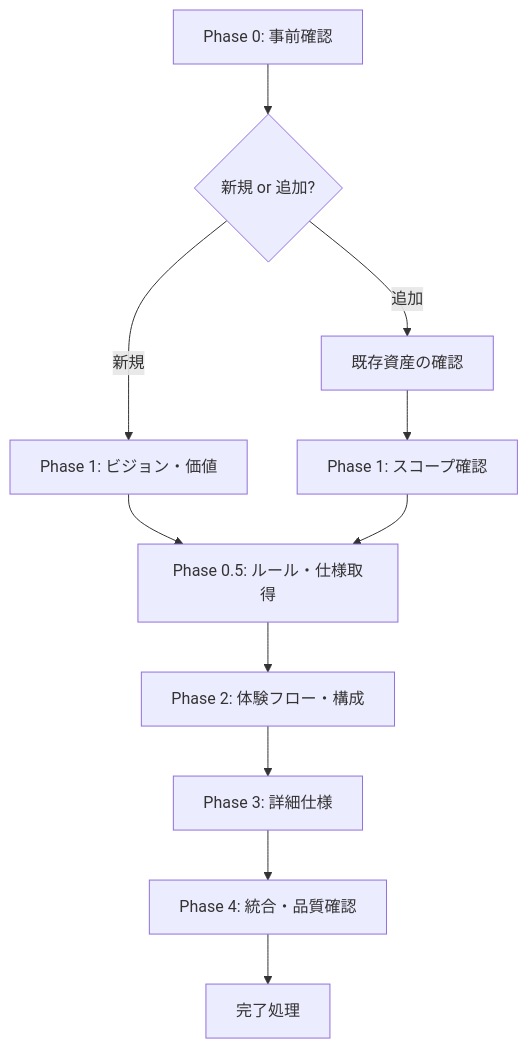
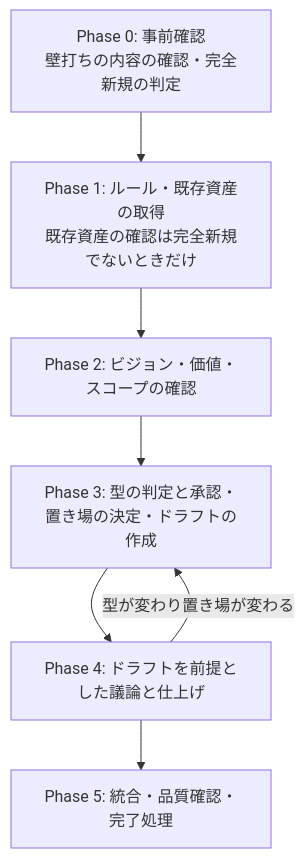
One commit to BlueEventHorizon/bw-cc-plugins changed the first of 2 diagrams in plugins/forge/skills/start-requirements/docs/requirements_interactive_workflow.md. Above: the diagram before and after it, drawn with Mermaid. The commit also changed other lines of this file and 22 other files, not shown here.

````diff
--- a/plugins/forge/skills/start-requirements/docs/requirements_interactive_workflow.md
+++ b/plugins/forge/skills/start-requirements/docs/requirements_interactive_workflow.md
@@ -39,13 +42,10 @@
 ```mermaid
 graph TD
-    A[Phase 0: 事前確認] --> B{新規 or 追加?}
-    B -->|新規| C[Phase 1: ビジョン・価値]
-    B -->|追加| D[既存資産の確認]
-    D --> E[Phase 1: スコープ確認]
-    C --> F05[Phase 0.5: ルール・仕様取得]
-    E --> F05
-    F05 --> F[Phase 2: 体験フロー・構成]
-    F --> G[Phase 3: 詳細仕様]
-    G --> H[Phase 4: 統合・品質確認]
-    H --> I[完了処理]
+    P0["Phase 0: 事前確認<br>壁打ちの内容の確認・完全新規の判定"] --> P1
+    P1["Phase 1: ルール・既存資産の取得<br>既存資産の確認は完全新規でないときだけ"] --> P2
+    P2["Phase 2: ビジョン・価値・スコープの確認"] --> P3
+    P3["Phase 3: 型の判定と承認・置き場の決定・ドラフトの作成"] --> P4
+    P4["Phase 4: ドラフトを前提とした議論と仕上げ"] --> P5
+    P5["Phase 5: 統合・品質確認・完了処理"]
+    P4 -->|"型が変わり置き場が変わる"| P3
 ```
````
